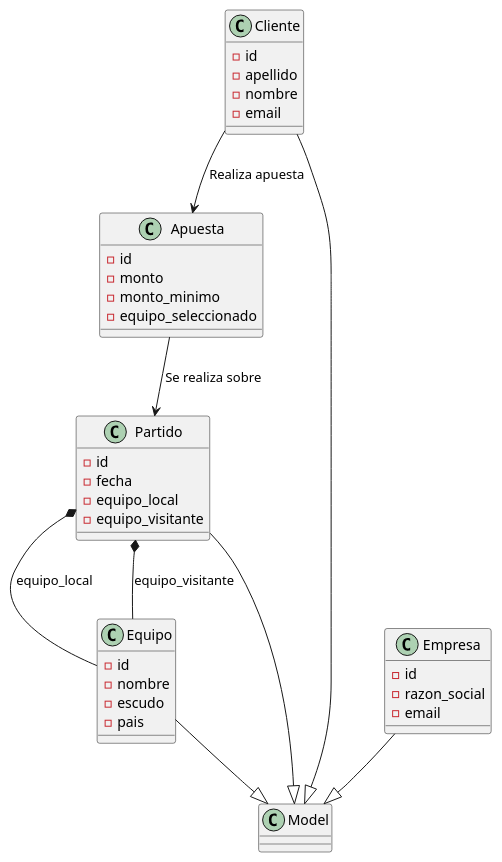
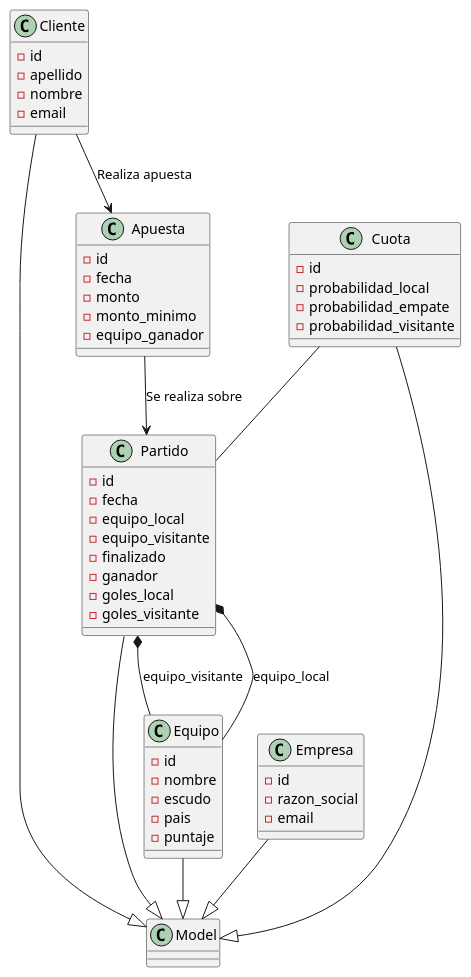
The diagram in docs/Diagrama de clases.puml (DaniBeato/Bookmaker_DS), drawn with PlantUML before and after one commit. The commit also changed 10 other files, not shown here.

Commit message:
models_eschemas_diagramas

```diff
--- a/docs/Diagrama de clases.puml
+++ b/docs/Diagrama de clases.puml
@@ -1,48 +1,61 @@
 @startuml:
 class Cliente {
     - id
     - apellido
     - nombre
     - email
 }
 
 class Empresa {
     - id
     - razon_social
     - email
 }
 
 class Equipo {
     - id
     - nombre
     - escudo
     - pais
+    - puntaje
 }
 
 
 class Apuesta {
     - id
+    - fecha
     - monto
     - monto_minimo
-    - equipo_seleccionado
+    - equipo_ganador
+}
+
+class Cuota {
+    - id
+    - probabilidad_local
+    - probabilidad_empate
+    - probabilidad_visitante
 }
 
 class Partido {
     - id
     - fecha
     - equipo_local
     - equipo_visitante
-
+    - finalizado
+    - ganador
+    - goles_local
+    - goles_visitante
 }
 
 Partido *-- Equipo: equipo_local
 Partido *-- Equipo: equipo_visitante
 Cliente --> Apuesta: Realiza apuesta
 Cliente --|> Model
 Empresa --|> Model
 Equipo --|> Model
 Partido --|> Model
+Cuota -- Partido
 Apuesta --> Partido: Se realiza sobre
-
+Cuota --|> Model
 
 @enduml
```
